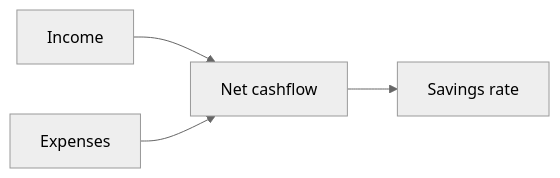
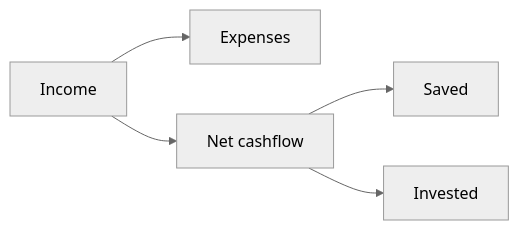
Before and after one commit to whisper-money/whisper-money: the diagram in resources/docs/documentation/40-analysis/10-cashflow-en.md, drawn with Mermaid (neutral theme). The commit also changed 36 other files, not shown here.

````diff
--- a/resources/docs/documentation/40-analysis/10-cashflow-en.md
+++ b/resources/docs/documentation/40-analysis/10-cashflow-en.md
@@ -17,6 +17,8 @@
 ```mermaid
 flowchart LR
-    income[Income] --> net[Net cashflow]
-    expenses[Expenses] --> net
-    net --> savings[Savings rate]
+    %% diagram: cashflow-sankey-en
+    income[Income] --> expenses[Expenses]
+    income --> net[Net cashflow]
+    net --> saved[Saved]
+    net --> invested[Invested]
 ```
````
